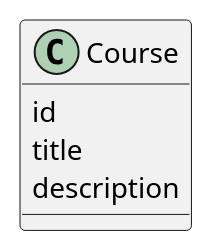
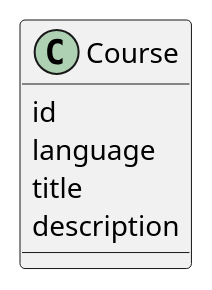
Before and after one commit to SEPCheesecakeFactory/SEP3: the third of 3 diagrams in Documentation/ProjectReport.md, drawn with PlantUML. The commit also changed other lines of this file, not shown here.

````diff
--- a/Documentation/ProjectReport.md
+++ b/Documentation/ProjectReport.md
@@ -371,10 +371,11 @@
 ```plantuml
 @startuml
 class Course
 {
     id
+    language
     title
     description
 }
 @enduml
 ```
````
